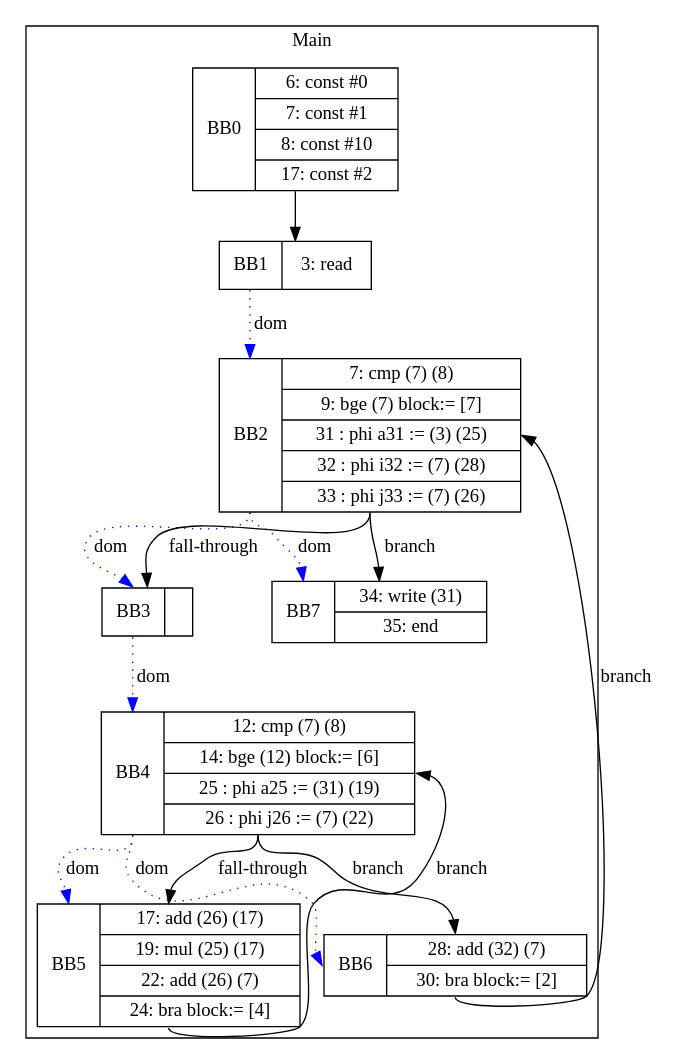
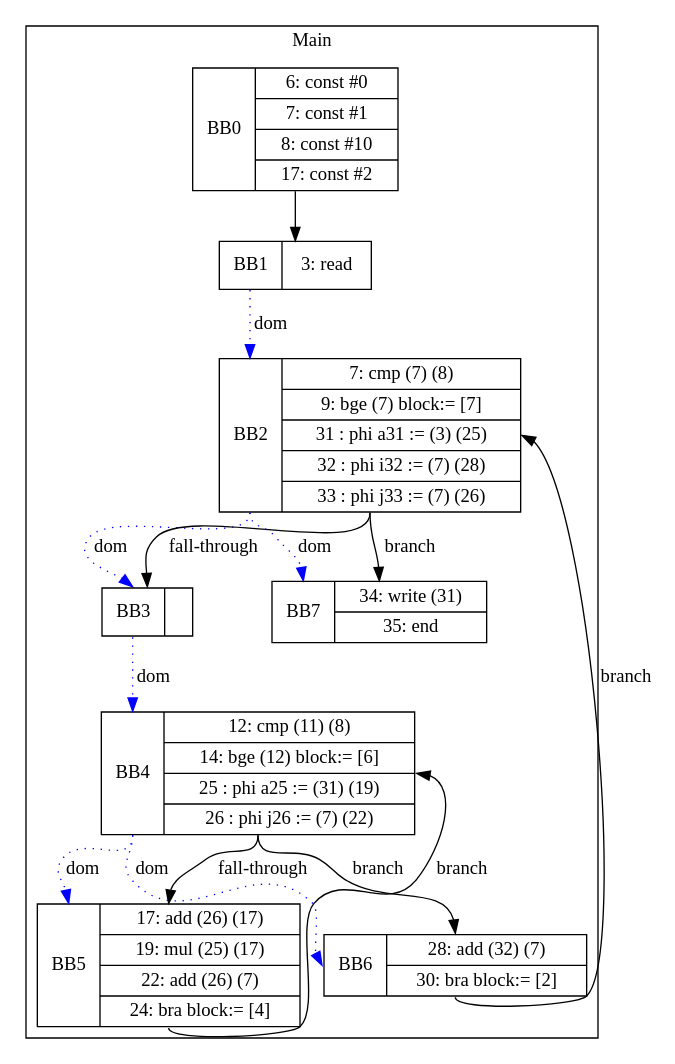
Before and after one commit to zjc664656505/UCI-CS241-Advanced-Compiler-main: the diagram in visualization/Ricky/whileTests/nestedwhile/basicNestedWhile.gv, drawn with Graphviz. The commit also changed 12 other files, not shown here.

```diff
--- a/visualization/Ricky/whileTests/nestedwhile/basicNestedWhile.gv
+++ b/visualization/Ricky/whileTests/nestedwhile/basicNestedWhile.gv
@@ -1,27 +1,27 @@
 digraph G {
 node [shape=record];
 subgraph cluster_main{
 label = "Main";
 BB0 [shape=record, label="<b>BB0|{6: const #0|7: const #1|8: const #10|17: const #2}"];
 BB1 [shape=record, label="<b>BB1|{3: read}"];
 BB2 [shape=record, label="<b>BB2|{7: cmp (7) (8)|9: bge (7) block:= [7]|31 : phi a31 := (3) (25)|32 : phi i32 := (7) (28)|33 : phi j33 := (7) (26)}"];
 BB3 [shape=record, label="<b>BB3|}"];
-BB4 [shape=record, label="<b>BB4|{12: cmp (7) (8)|14: bge (12) block:= [6]|25 : phi a25 := (31) (19)|26 : phi j26 := (7) (22)}"];
+BB4 [shape=record, label="<b>BB4|{12: cmp (11) (8)|14: bge (12) block:= [6]|25 : phi a25 := (31) (19)|26 : phi j26 := (7) (22)}"];
 BB5 [shape=record, label="<b>BB5|{17: add (26) (17)|19: mul (25) (17)|22: add (26) (7)|24: bra block:= [4]}"];
 BB6 [shape=record, label="<b>BB6|{28: add (32) (7)|30: bra block:= [2]}"];
 BB7 [shape=record, label="<b>BB7|{34: write (31)|35: end}"];
 }
 BB0:s -> BB1:n ;
 BB1:b -> BB2:b [color=blue, style=dotted, label="dom"];
 BB3:b -> BB4:b [color=blue, style=dotted, label="dom"];
 BB2:b -> BB7:b [color=blue, style=dotted, label="dom"];
 BB4:b -> BB6:b [color=blue, style=dotted, label="dom"];
 BB2:b -> BB3:b [color=blue, style=dotted, label="dom"];
 BB4:b -> BB5:b [color=blue, style=dotted, label="dom"];
 BB4:s -> BB6:n [label="branch"];
 BB2:s -> BB7:n [label="branch"];
 BB6:s -> BB2:e [label="branch"];
 BB5:s -> BB4:e [label="branch"];
 BB2:s -> BB3:n [label="fall-through"];
 BB4:s -> BB5:n [label="fall-through"];
 }
```
